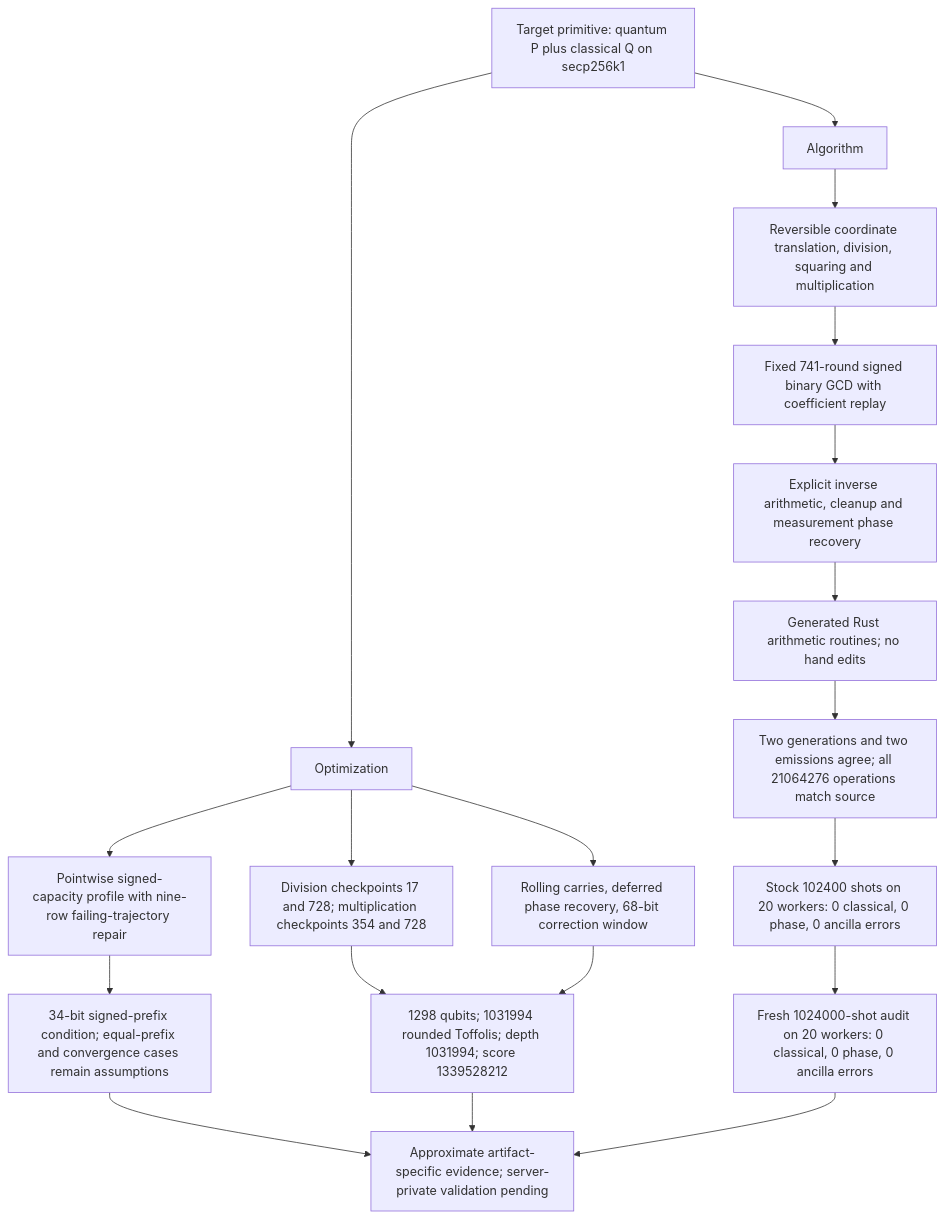
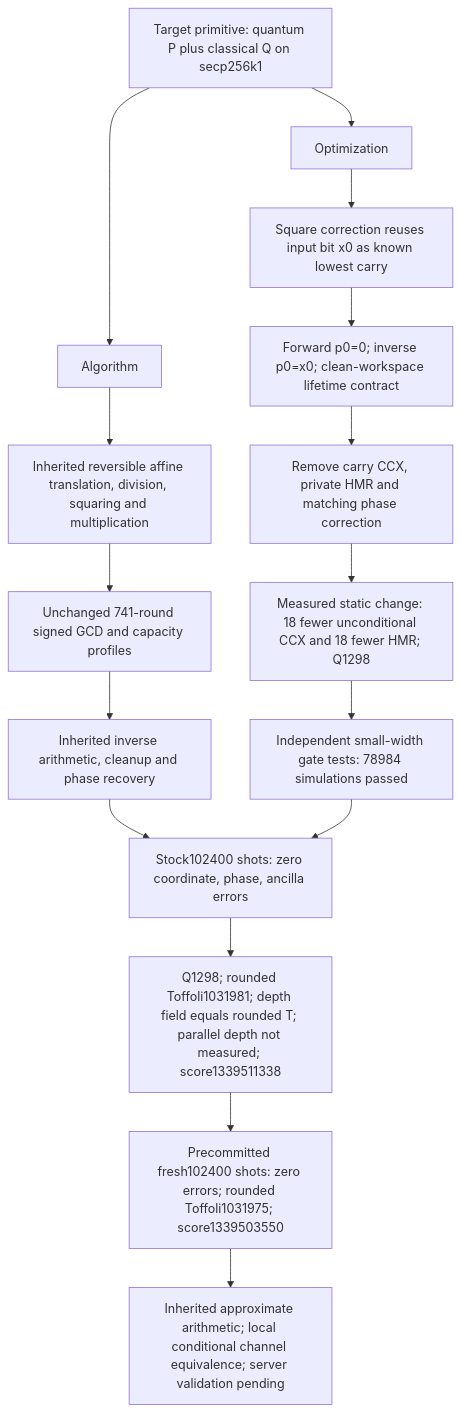
One commit to ecdlp-contest/ecdlp-point-add changed the diagram in src/point_add/architecture.mmd. Above: the diagram before and after it, drawn with Mermaid. The commit also changed 2 other files, not shown here.

```diff
--- a/src/point_add/architecture.mmd
+++ b/src/point_add/architecture.mmd
@@ -1,22 +1,19 @@
 flowchart TD
   Target["Target primitive: quantum P plus classical Q on secp256k1"]
   Algorithm["Algorithm"]
   Optimization["Optimization"]
   Target --> Algorithm
   Target --> Optimization
-  Algorithm --> Affine["Reversible coordinate translation, division, squaring and multiplication"]
-  Affine --> GCD["Fixed 741-round signed binary GCD with coefficient replay"]
-  GCD --> Clean["Explicit inverse arithmetic, cleanup and measurement phase recovery"]
-  Optimization --> Width["Pointwise signed-capacity profile with nine-row failing-trajectory repair"]
-  Optimization --> Replay["Division checkpoints 17 and 728; multiplication checkpoints 354 and 728"]
-  Optimization --> Carry["Rolling carries, deferred phase recovery, 68-bit correction window"]
-  Width --> Prefix["34-bit signed-prefix condition; equal-prefix and convergence cases remain assumptions"]
-  Replay --> Metrics["1298 qubits; 1031994 rounded Toffolis; depth 1031994; score 1339528212"]
-  Carry --> Metrics
-  Clean --> Builder["Generated Rust arithmetic routines; no hand edits"]
-  Builder --> Binding["Two generations and two emissions agree; all 21064276 operations match source"]
-  Binding --> Stock["Stock 102400 shots on 20 workers: 0 classical, 0 phase, 0 ancilla errors"]
-  Stock --> Deep["Fresh 1024000-shot audit on 20 workers: 0 classical, 0 phase, 0 ancilla errors"]
-  Prefix --> Scope["Approximate artifact-specific evidence; server-private validation pending"]
-  Metrics --> Scope
-  Deep --> Scope
+  Algorithm --> Affine["Inherited reversible affine translation, division, squaring and multiplication"]
+  Affine --> GCD["Unchanged 741-round signed GCD and capacity profiles"]
+  GCD --> Cleanup["Inherited inverse arithmetic, cleanup and phase recovery"]
+  Optimization --> LowBit["Square correction reuses input bit x0 as known lowest carry"]
+  LowBit --> Contract["Forward p0=0; inverse p0=x0; clean-workspace lifetime contract"]
+  Contract --> Phase["Remove carry CCX, private HMR and matching phase correction"]
+  Phase --> Count["Measured static change: 18 fewer unconditional CCX and 18 fewer HMR; Q1298"]
+  Count --> Local["Independent small-width gate tests: 78984 simulations passed"]
+  Cleanup --> Stock["Stock102400 shots: zero coordinate, phase, ancilla errors"]
+  Local --> Stock
+  Stock --> Metrics["Q1298; rounded Toffoli1031981; depth field equals rounded T; parallel depth not measured; score1339511338"]
+  Metrics --> Fresh["Precommitted fresh102400 shots: zero errors; rounded Toffoli1031975; score1339503550"]
+  Fresh --> Scope["Inherited approximate arithmetic; local conditional channel equivalence; server validation pending"]
```
